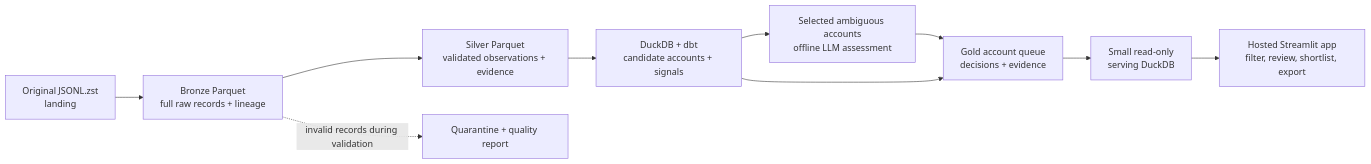
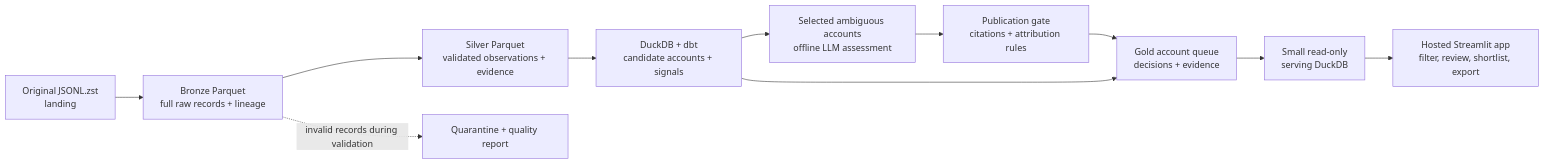
One commit to ronyabrah18/welook changed the diagram in docs/architecture.md. Above: the diagram before and after it, drawn with Mermaid. The commit also changed other lines of this file and 14 other files, not shown here.

````diff
--- a/docs/architecture.md
+++ b/docs/architecture.md
@@ -15,12 +15,13 @@
 ```mermaid
 flowchart LR
   L[Original JSONL.zst<br/>landing] --> B[Bronze Parquet<br/>full raw records + lineage]
   B --> S[Silver Parquet<br/>validated observations + evidence]
   S --> G[DuckDB + dbt<br/>candidate accounts + signals]
   G --> A[Selected ambiguous accounts<br/>offline LLM assessment]
-  A --> H[Gold account queue<br/>decisions + evidence]
+  A --> P[Publication gate<br/>citations + attribution rules]
+  P --> H[Gold account queue<br/>decisions + evidence]
   G --> H
   H --> D[Small read-only<br/>serving DuckDB]
   D --> U[Hosted Streamlit app<br/>filter, review, shortlist, export]
   B -. invalid records during validation .-> Q[Quarantine + quality report]
 ```
````
